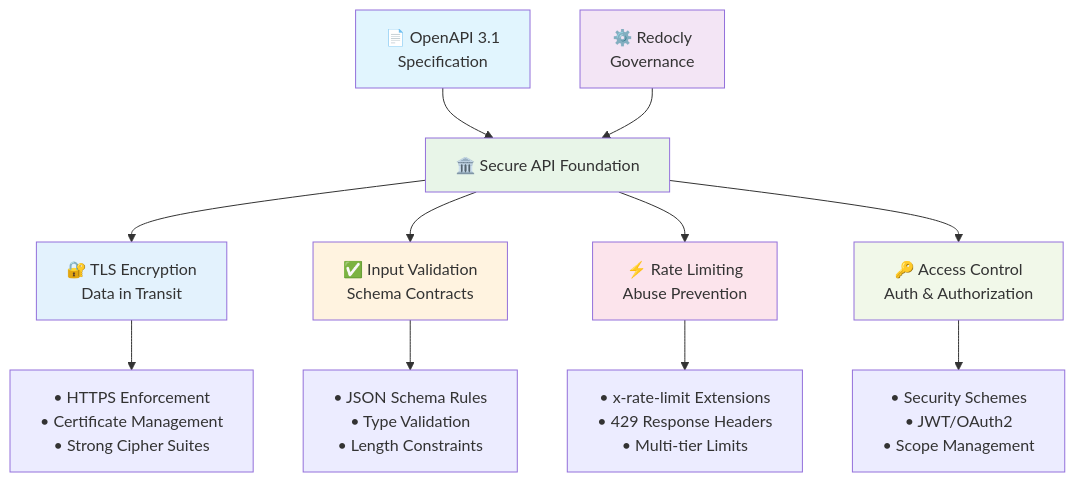
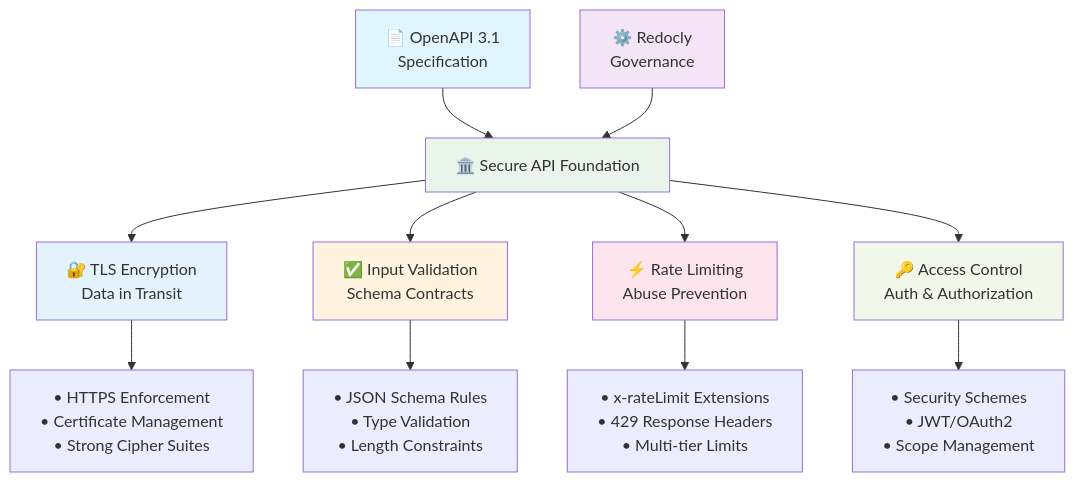
Before and after one commit to Redocly/website: the first of 5 diagrams in learn/security/api-design-first-security-guide.md, drawn with Mermaid. The commit also changed other lines of this file, not shown here.

````diff
--- a/learn/security/api-design-first-security-guide.md
+++ b/learn/security/api-design-first-security-guide.md
@@ -46,23 +48,23 @@
 ```mermaid
 graph TD
     A["🏛️ Secure API Foundation"] --> B["🔐 TLS Encryption<br/>Data in Transit"]
     A --> C["✅ Input Validation<br/>Schema Contracts"]
     A --> D["⚡ Rate Limiting<br/>Abuse Prevention"]
     A --> E["🔑 Access Control<br/>Auth & Authorization"]
     
     B --> F["• HTTPS Enforcement<br/>• Certificate Management<br/>• Strong Cipher Suites"]
     C --> G["• JSON Schema Rules<br/>• Type Validation<br/>• Length Constraints"]
-    D --> H["• x-rate-limit Extensions<br/>• 429 Response Headers<br/>• Multi-tier Limits"]
+    D --> H["• x-rateLimit Extensions<br/>• 429 Response Headers<br/>• Multi-tier Limits"]
     E --> I["• Security Schemes<br/>• JWT/OAuth2<br/>• Scope Management"]
     
     J["📄 OpenAPI 3.1<br/>Specification"] --> A
     K["⚙️ Redocly<br/>Governance"] --> A
     
     style A fill:#e8f5e8
     style B fill:#e3f2fd
     style C fill:#fff3e0
     style D fill:#fce4ec
     style E fill:#f1f8e9
     style J fill:#e1f5fe
     style K fill:#f3e5f5
 ```
````
